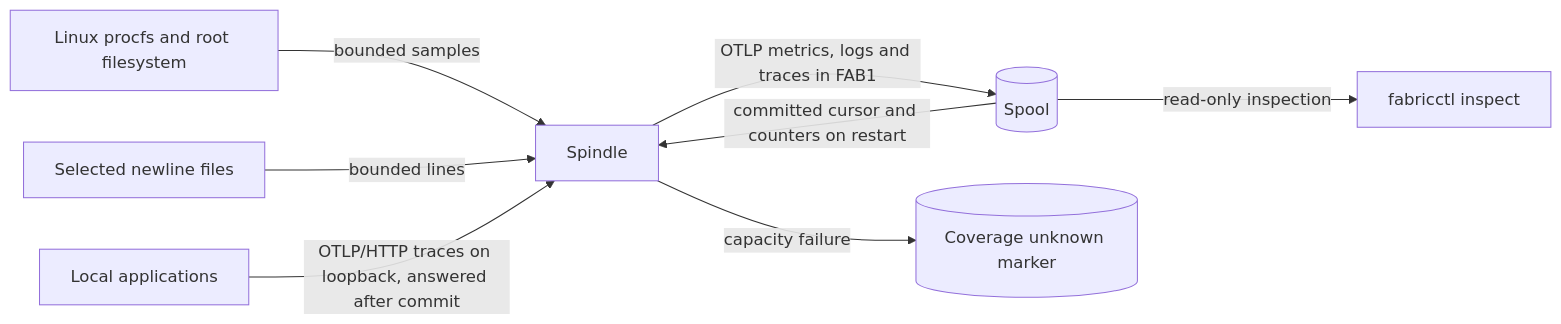
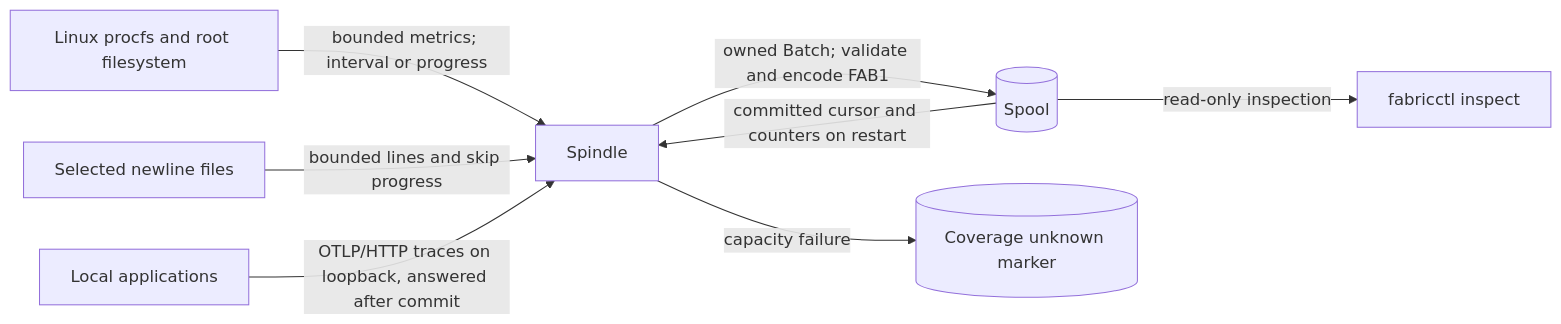
The diagram in docs/diagrams/spindle.mmd (kmosoti/FabricO11y), drawn with Mermaid before and after one commit. The commit also changed 28 other files, not shown here.

Commit message:
Align operator and architecture documentation with implemented boundaries

```diff
--- a/docs/diagrams/spindle.mmd
+++ b/docs/diagrams/spindle.mmd
@@ -1,8 +1,8 @@
 flowchart LR
-    Host[Linux procfs and root filesystem] -->|bounded samples| Node[Spindle]
-    Files[Selected newline files] -->|bounded lines| Node
+    Host[Linux procfs and root filesystem] -->|bounded metrics; interval or progress| Node[Spindle]
+    Files[Selected newline files] -->|bounded lines and skip progress| Node
     Apps[Local applications] -->|OTLP/HTTP traces on loopback, answered after commit| Node
-    Node -->|OTLP metrics, logs and traces in FAB1| Spool[(Spool)]
+    Node -->|owned Batch; validate and encode FAB1| Spool[(Spool)]
     Spool -->|committed cursor and counters on restart| Node
     Spool -->|read-only inspection| CLI[fabricctl inspect]
     Node -->|capacity failure| Unknown[(Coverage unknown marker)]
```
